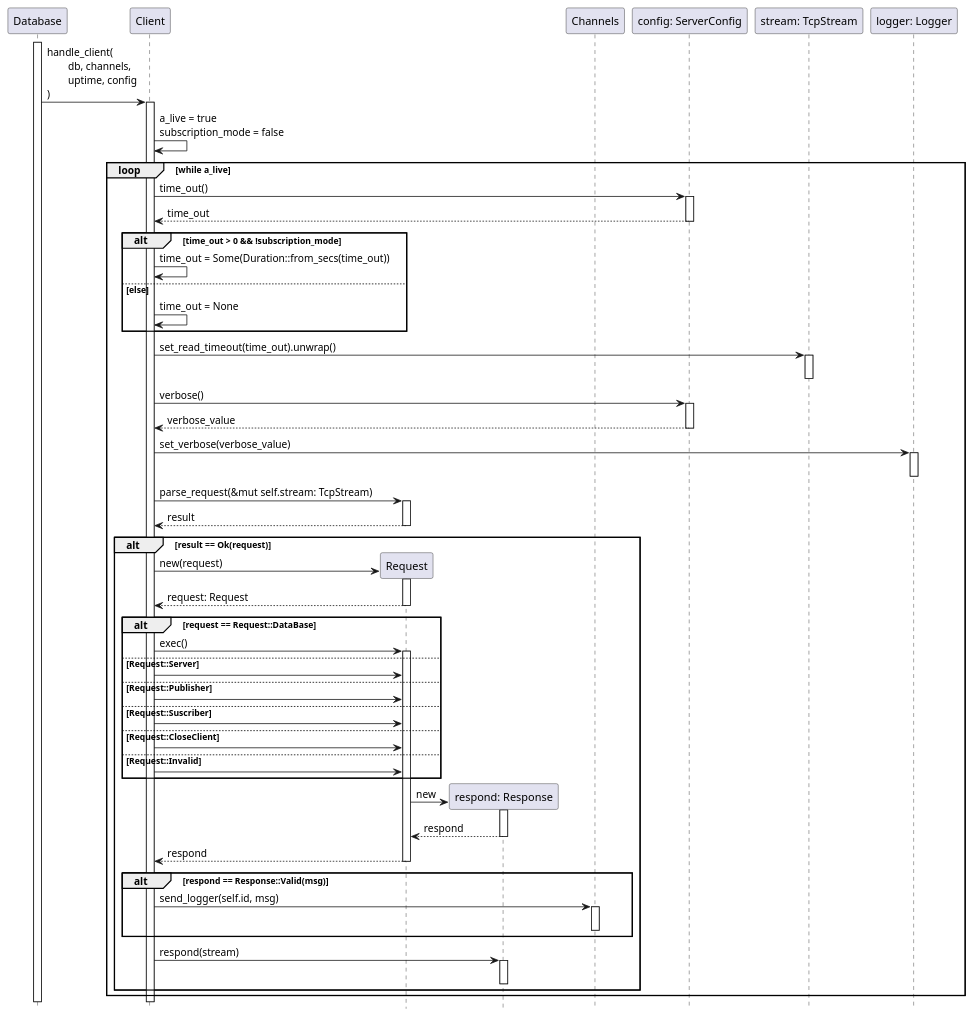
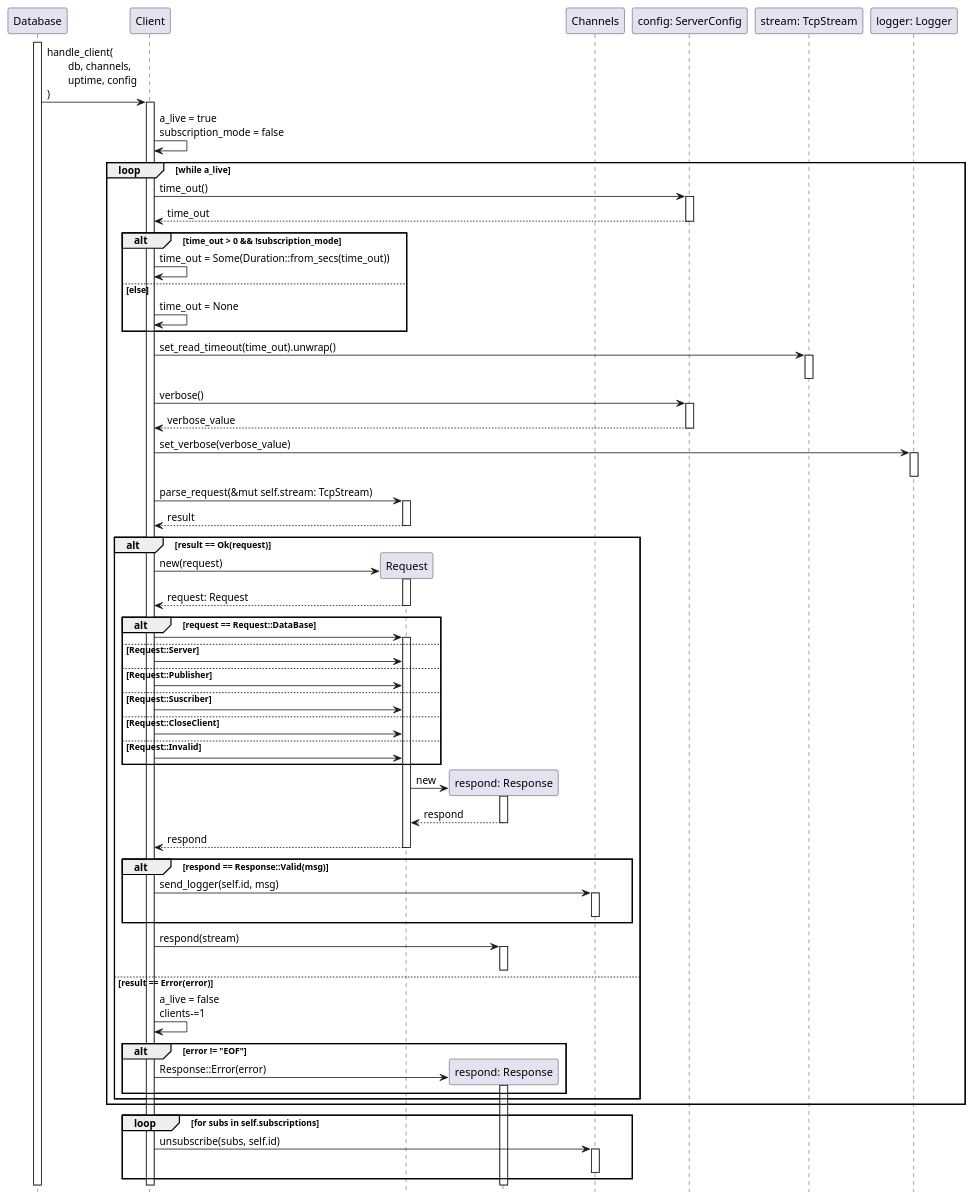
Before and after one commit to taller-1-fiuba-rust/21C1-OxidadosFC: the diagram in src/Diagramas/handle_client.puml, drawn with PlantUML.

Commit message:
handle_client diagram done

```diff
--- a/src/Diagramas/handle_client.puml
+++ b/src/Diagramas/handle_client.puml
@@ -1,70 +1,82 @@
 @startuml handle_client
 hide footbox
 activate Database
 
 participant Database order 0
 participant Client order 10
 participant Request order 20
 
 Database -> Client++: handle_client(\n\tdb, channels,\n\tuptime, config\n)
 Client -> Client: a_live = true\nsubscription_mode = false
 loop while a_live
     participant Config as "config: ServerConfig" order 30
     Client -> Config ++: time_out()
     return time_out
 
     alt time_out > 0 && !subscription_mode
         Client -> Client: time_out = Some(Duration::from_secs(time_out))
     else else
         Client -> Client: time_out = None
     end
 
     participant Stream as "stream: TcpStream" order 40
     Client -> Stream++: set_read_timeout(time_out).unwrap()
     deactivate Stream
 
     Client -> Config++: verbose()
     return verbose_value
 
     participant Logger as "logger: Logger" order 50
     Client -> Logger++: set_verbose(verbose_value)
     deactivate Logger
 
     Client -> Request++: parse_request(&mut self.stream: TcpStream)
     return result
 
     alt result == Ok(request) 
         create Request
         Client -> Request++: new(request)
         return request: Request
         alt request == Request::DataBase
-            Client -> Request++: exec()
+            Client -> Request++:
         else Request::Server
             Client -> Request:
         else Request::Publisher
             Client -> Request:
         else Request::Suscriber
             Client -> Request:
         else Request::CloseClient
             Client -> Request:
         else Request::Invalid
             Client -> Request:
         end
 
         participant Respond as "respond: Response" order 24
         create Respond
         Request -> Respond++: new
         return respond
         return respond
 
         alt respond == Response::Valid(msg)
             participant Channels order 25
             Client -> Channels++: send_logger(self.id, msg)
             deactivate Channels
         end
 
         Client -> Respond ++: respond(stream)
         deactivate
+    else result == Error(error)
+        Client -> Client: a_live = false\nclients-=1
+        alt error != "EOF"
+            create Respond
+            Client -> Respond++: Response::Error(error)
+            deactivate Respond
+        end
     end
 end
+
+loop for subs in self.subscriptions
+    Client -> Channels++: unsubscribe(subs, self.id)
+    deactivate Channels
+end
 @enduml
```
